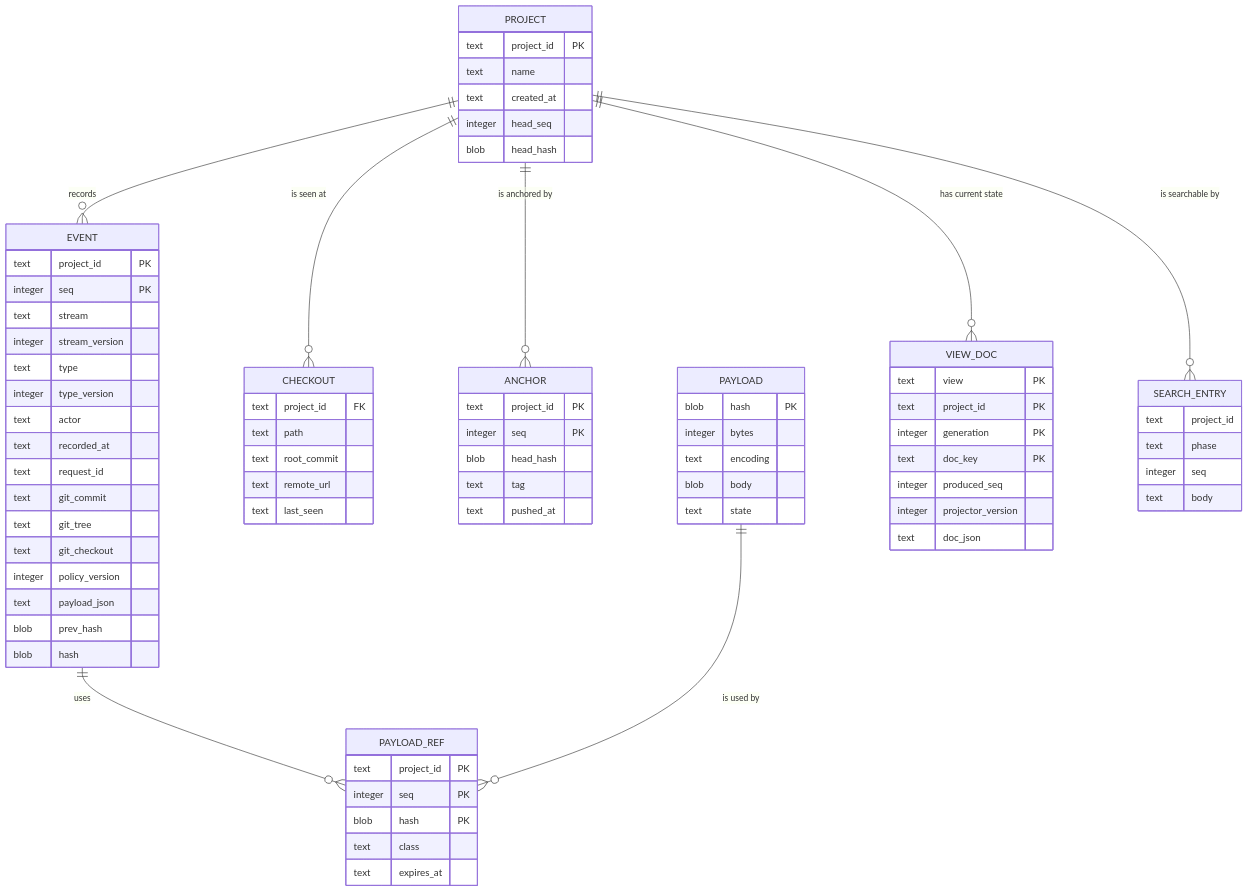
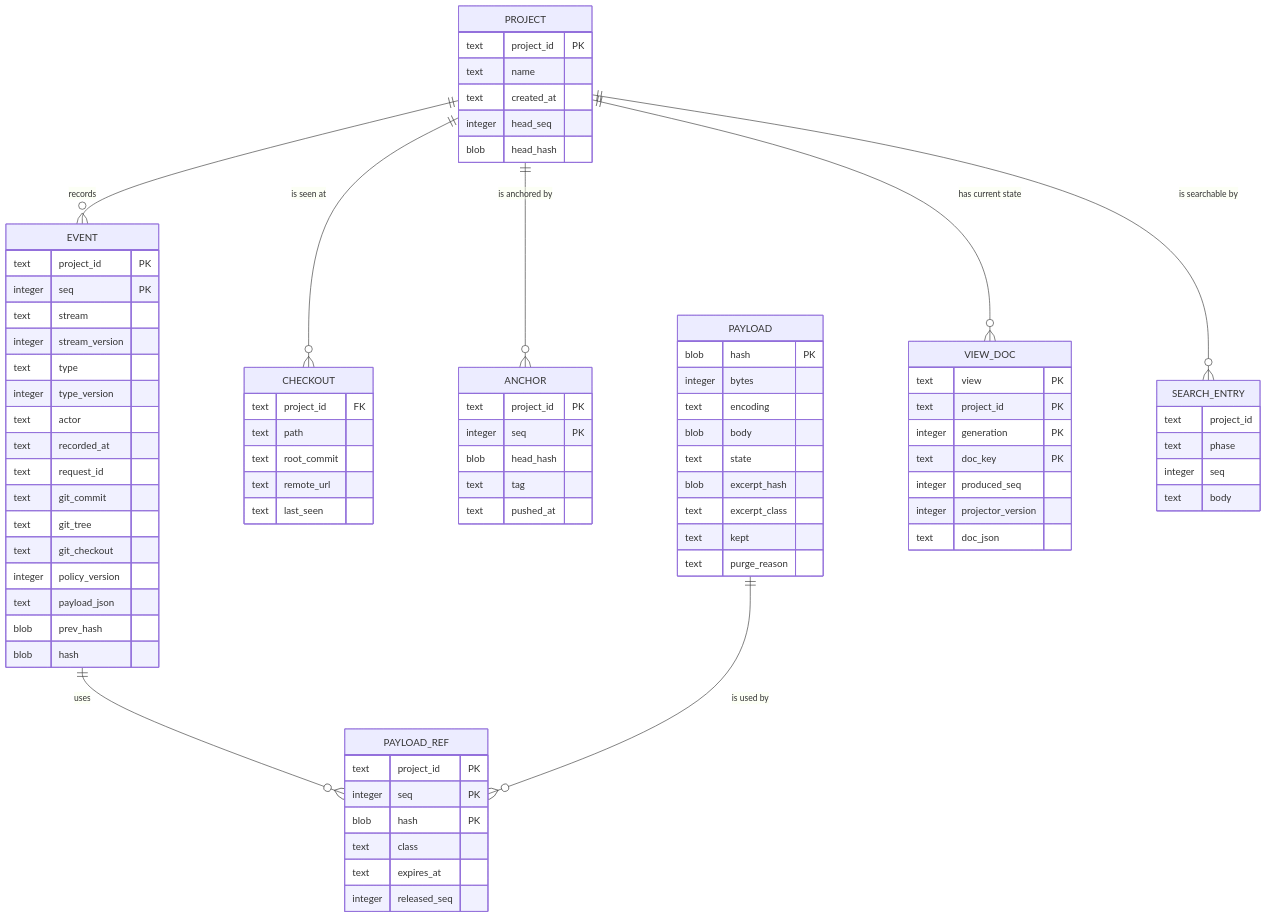
One commit to crenshawdev/baley changed the ninth of 11 diagrams in docs/design/0001-evidence-ledger.md. Above: the diagram before and after it, drawn with Mermaid. The commit also changed other lines of this file and 16 other files, not shown here.

```diff
--- a/docs/design/0001-evidence-ledger.md
+++ b/docs/design/0001-evidence-ledger.md
@@ -582,6 +638,10 @@
     text encoding
     blob body
     text state
+    blob excerpt_hash
+    text excerpt_class
+    text kept
+    text purge_reason
   }
   PAYLOAD_REF {
     text project_id PK
@@ -589,6 +649,7 @@
     blob hash PK
     text class
     text expires_at
+    integer released_seq
   }
   VIEW_DOC {
     text view PK
```
